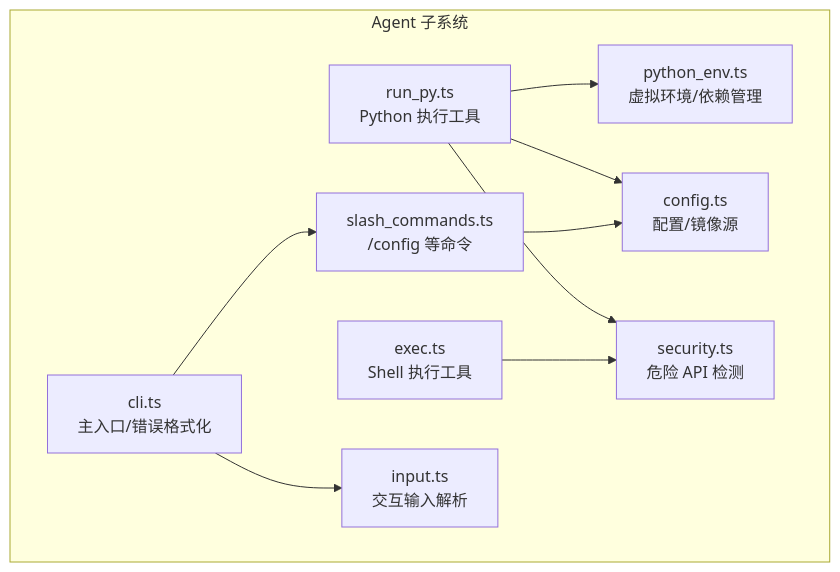
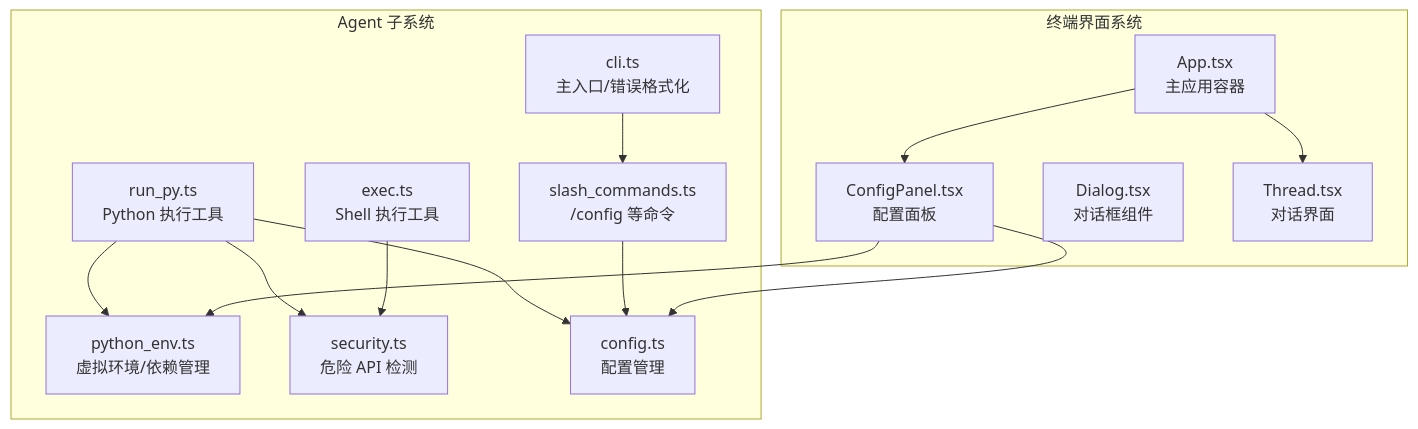
Before and after one commit to HAOFUYANG/onion-code: the first of 5 diagrams in .qoder/repowiki/zh/content/核心架构/Python 环境管理.md, drawn with Mermaid. The commit also changed other lines of this file and 80 other files, not shown here.

````diff
--- a/.qoder/repowiki/zh/content/核心架构/Python 环境管理.md
+++ b/.qoder/repowiki/zh/content/核心架构/Python 环境管理.md
@@ -49,20 +61,28 @@
 ```mermaid
 graph TB
 subgraph "Agent 子系统"
 PE["python_env.ts<br/>虚拟环境/依赖管理"]
 RP["run_py.ts<br/>Python 执行工具"]
 EX["exec.ts<br/>Shell 执行工具"]
 SEC["security.ts<br/>危险 API 检测"]
-CFG["config.ts<br/>配置/镜像源"]
+CFG["config.ts<br/>配置管理"]
 SL["slash_commands.ts<br/>/config 等命令"]
-IN["input.ts<br/>交互输入解析"]
 CL["cli.ts<br/>主入口/错误格式化"]
+end
+subgraph "终端界面系统"
+APP["App.tsx<br/>主应用容器"]
+CP["ConfigPanel.tsx<br/>配置面板"]
+DIALOG["Dialog.tsx<br/>对话框组件"]
+THREAD["Thread.tsx<br/>对话界面"]
 end
 RP --> PE
 RP --> CFG
 RP --> SEC
 EX --> SEC
 SL --> CFG
 CL --> SL
-CL --> IN
+APP --> CP
+APP --> THREAD
+CP --> PE
+CP --> CFG
 ```
````
